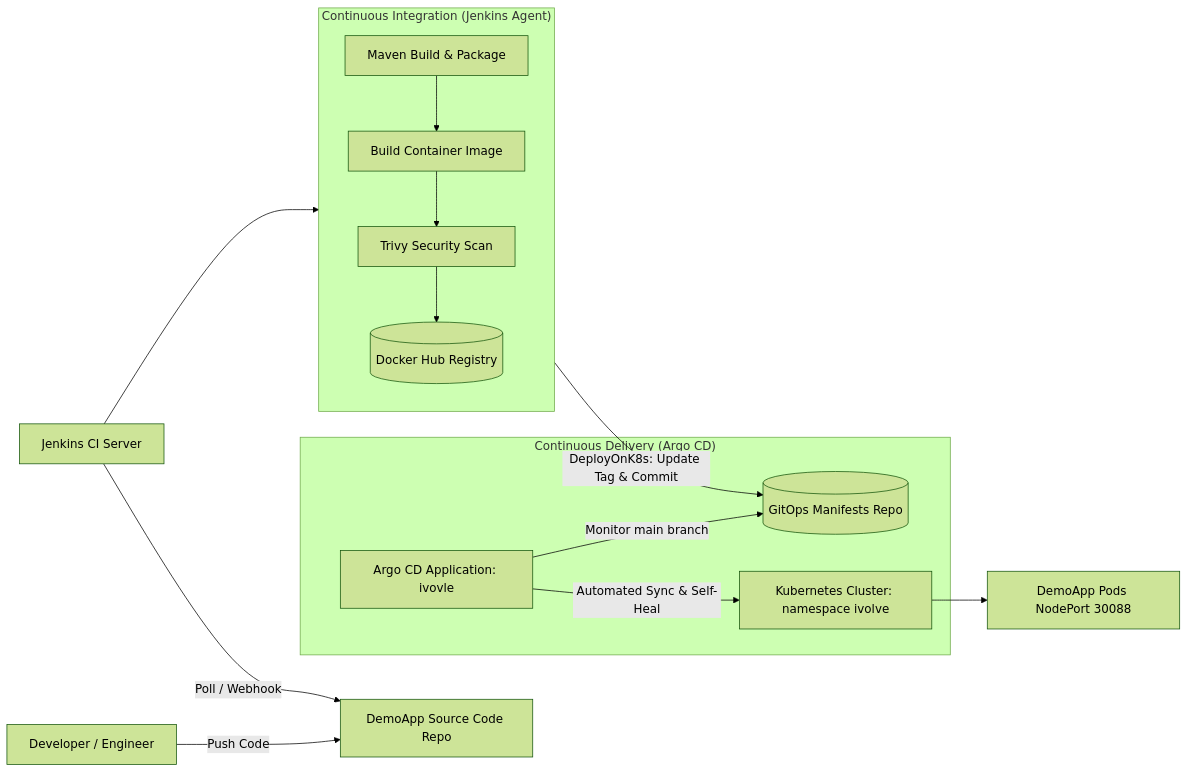
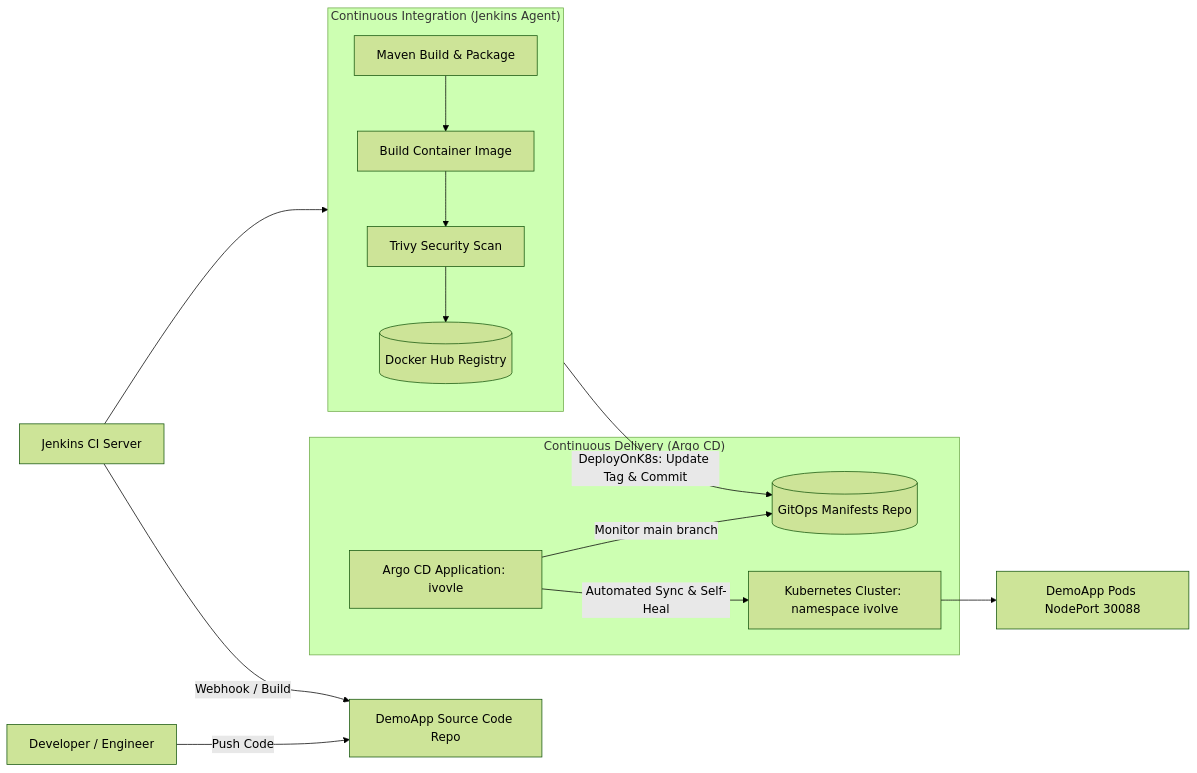
Before and after one commit to Moha-sys/iVolve_tasks: the diagram in GitOps/Lab23/README.md, drawn with Mermaid (forest theme). The commit also changed other lines of this file and 6 other files, not shown here.

````diff
--- a/GitOps/Lab23/README.md
+++ b/GitOps/Lab23/README.md
@@ -11,17 +11,17 @@
 ```mermaid
 flowchart LR
     Dev[Developer / Engineer] -->|Push Code| AppRepo[DemoApp Source Code Repo]
-    Jenkins[Jenkins CI Server] -->|Poll / Webhook| AppRepo
+    Jenkins[Jenkins CI Server] -->|Webhook / Build| AppRepo
     subgraph CI["Continuous Integration (Jenkins Agent)"]
         Build[Maven Build & Package] --> DockerBuild[Build Container Image]
         DockerBuild --> TrivyScan[Trivy Security Scan]
         TrivyScan --> DockerHub[(Docker Hub Registry)]
     end
     Jenkins --> CI
     CI -->|DeployOnK8s: Update Tag & Commit| GitOpsRepo[(GitOps Manifests Repo)]
     subgraph CD["Continuous Delivery (Argo CD)"]
         Argo[Argo CD Application: ivovle] -->|Monitor main branch| GitOpsRepo
         Argo -->|Automated Sync & Self-Heal| K8s[Kubernetes Cluster: namespace ivolve]
     end
     K8s --> DemoAppPod[DemoApp Pods NodePort 30088]
 ```
````
